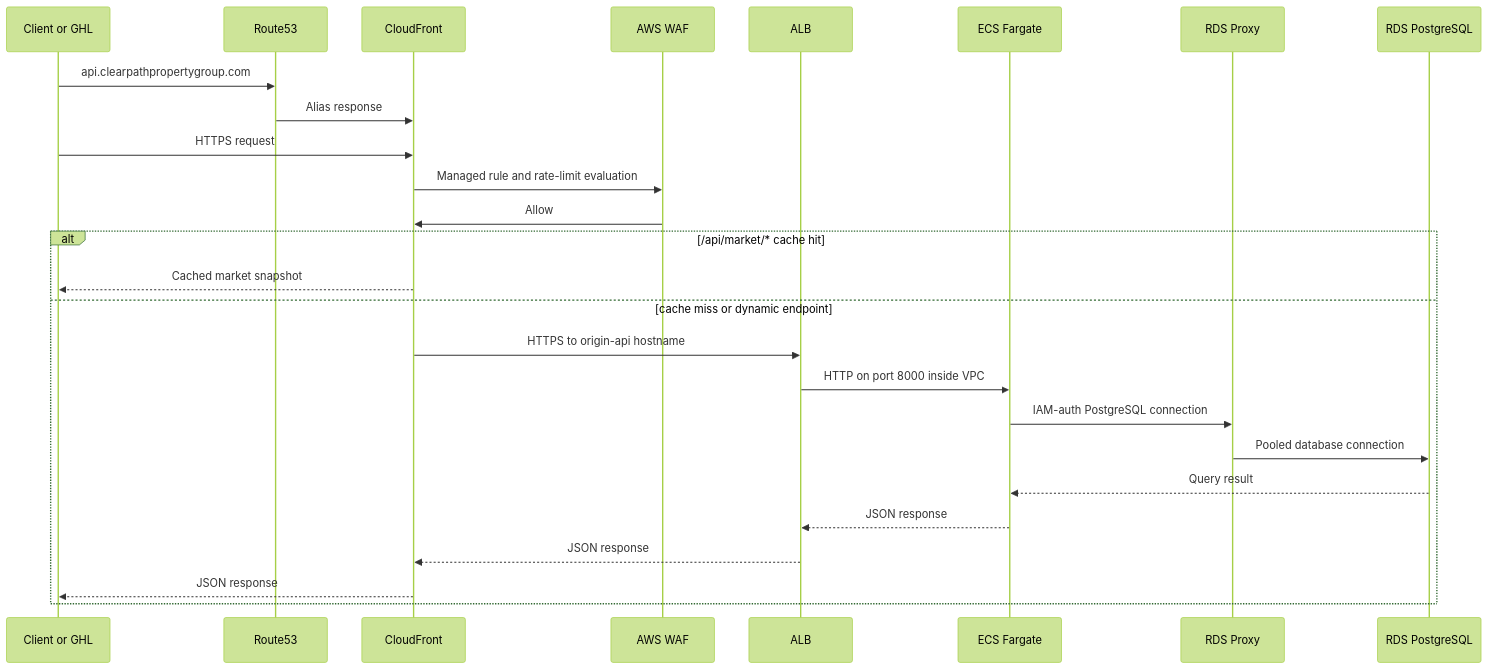
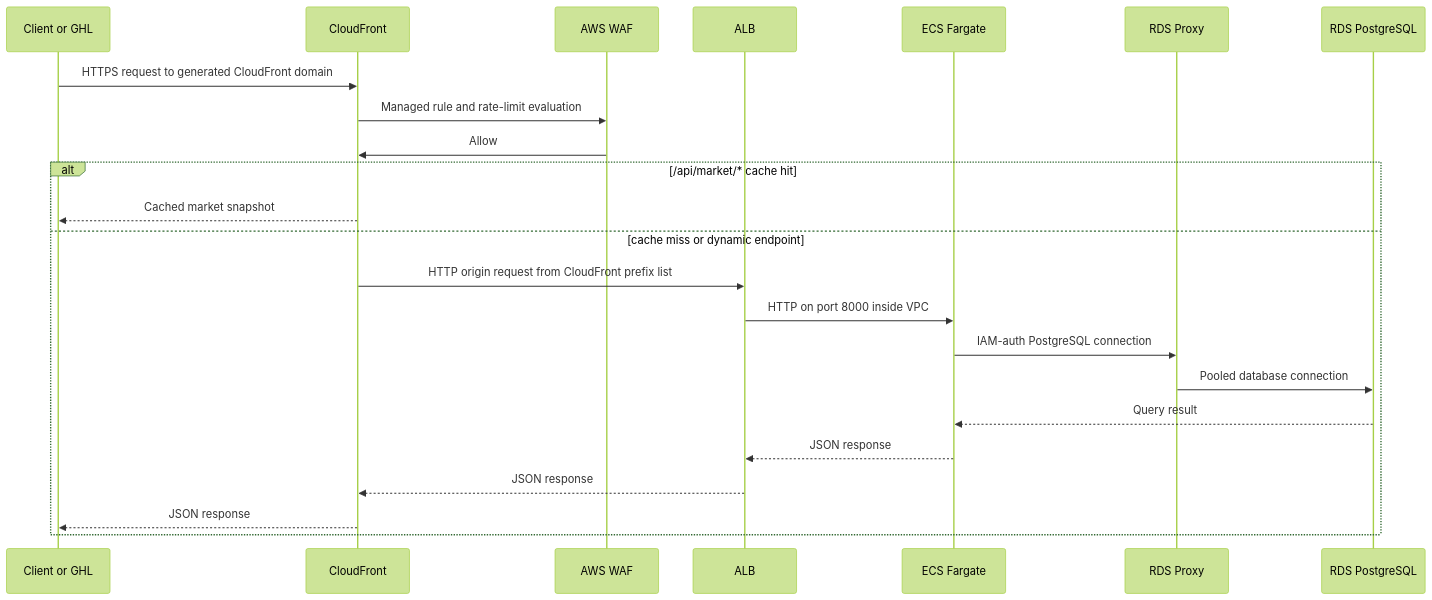
Before and after one commit to manynames3/clearpath-fargate-api: the first of 2 diagrams in docs/architecture.md, drawn with Mermaid (forest theme). The commit also changed other lines of this file and 21 other files, not shown here.

````diff
--- a/docs/architecture.md
+++ b/docs/architecture.md
@@ -9,29 +9,26 @@
 ```mermaid
 sequenceDiagram
     participant Client as Client or GHL
-    participant R53 as Route53
     participant CF as CloudFront
     participant WAF as AWS WAF
     participant ALB as ALB
     participant ECS as ECS Fargate
     participant Proxy as RDS Proxy
     participant DB as RDS PostgreSQL
 
-    Client->>R53: api.clearpathpropertygroup.com
-    R53->>CF: Alias response
-    Client->>CF: HTTPS request
+    Client->>CF: HTTPS request to generated CloudFront domain
     CF->>WAF: Managed rule and rate-limit evaluation
     WAF->>CF: Allow
     alt /api/market/* cache hit
         CF-->>Client: Cached market snapshot
     else cache miss or dynamic endpoint
-        CF->>ALB: HTTPS to origin-api hostname
+        CF->>ALB: HTTP origin request from CloudFront prefix list
         ALB->>ECS: HTTP on port 8000 inside VPC
         ECS->>Proxy: IAM-auth PostgreSQL connection
         Proxy->>DB: Pooled database connection
         DB-->>ECS: Query result
         ECS-->>ALB: JSON response
         ALB-->>CF: JSON response
         CF-->>Client: JSON response
     end
 ```
````
